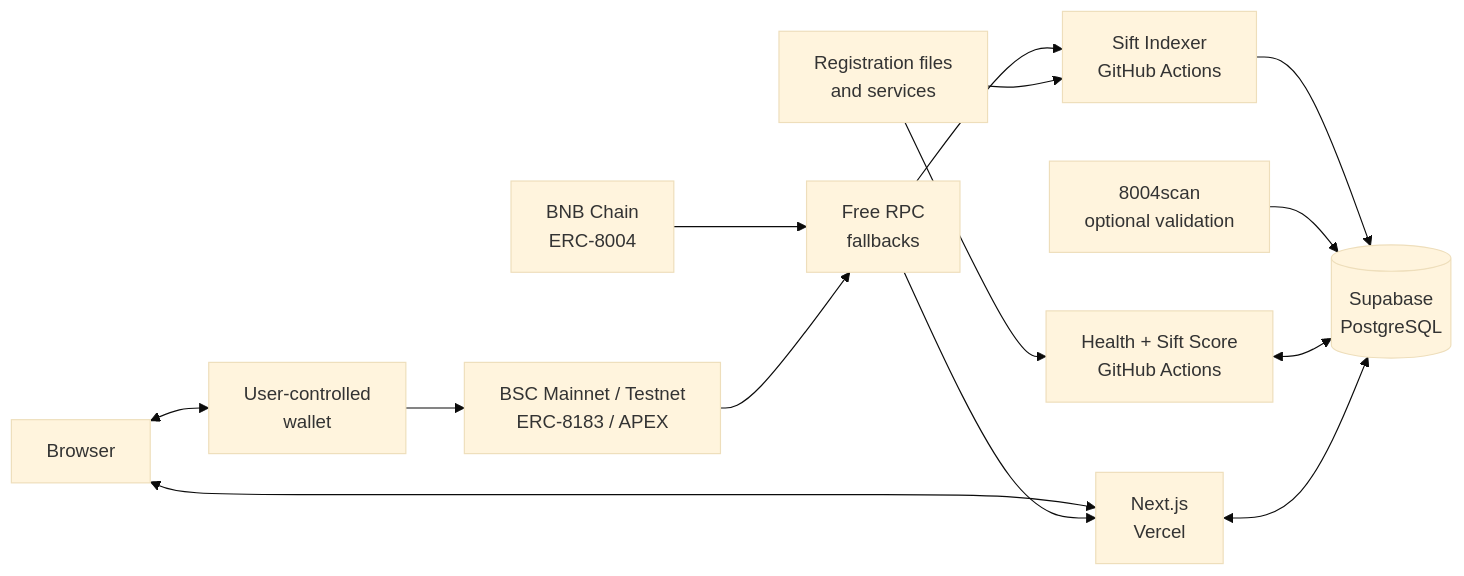
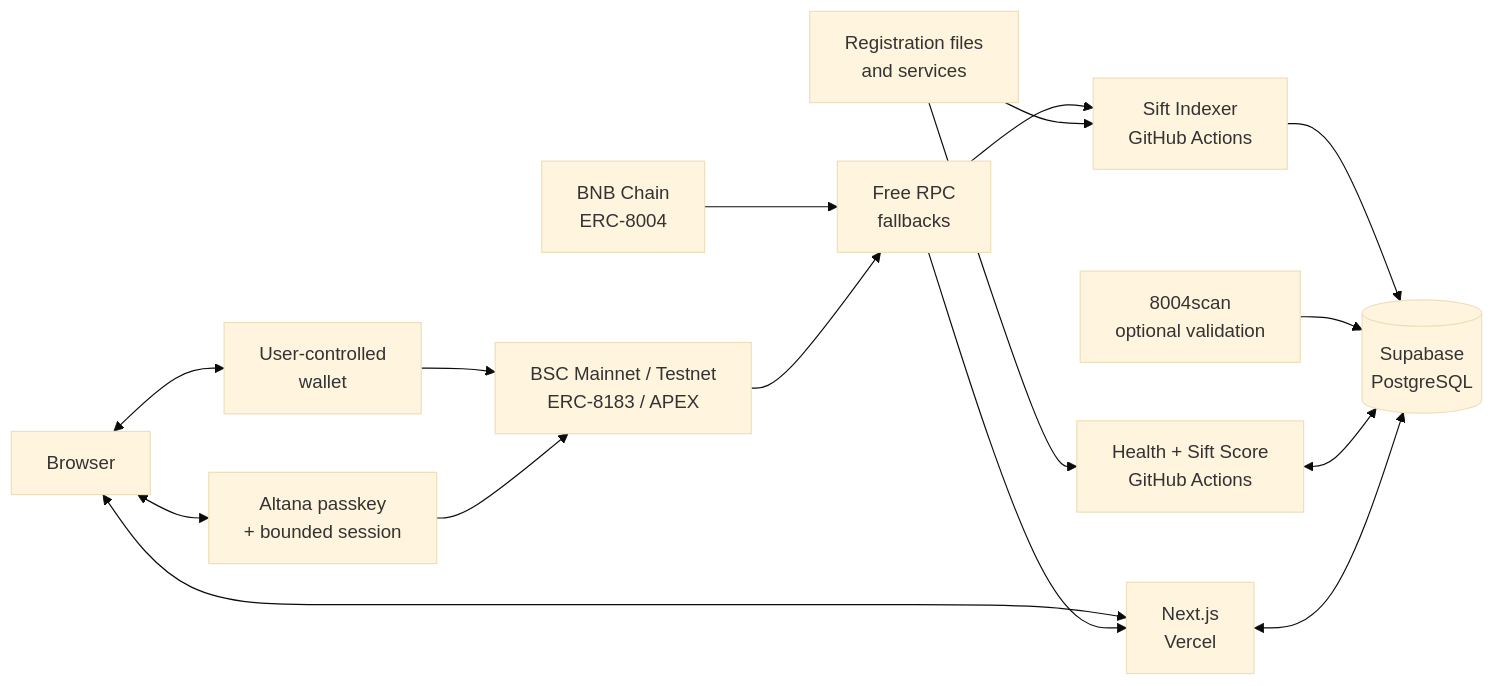
One commit to taiwo-the-dev/sift changed the diagram in README.md. Above: the diagram before and after it, drawn with Mermaid (base theme). The commit also changed other lines of this file and 35 other files, not shown here.

````diff
--- a/README.md
+++ b/README.md
@@ -68,16 +75,18 @@
 ```mermaid
 flowchart LR
   chain["BNB Chain\nERC-8004"] --> rpc["Free RPC\nfallbacks"]
   rpc --> indexer["Sift Indexer\nGitHub Actions"]
   metadata["Registration files\nand services"] --> indexer
   indexer --> db[("Supabase\nPostgreSQL")]
   scan["8004scan\noptional validation"] --> db
   assessment["Health + Sift Score\nGitHub Actions"] <--> db
   metadata --> assessment
   browser["Browser"] <--> app["Next.js\nVercel"]
   app <--> db
   browser <--> wallet["User-controlled\nwallet"]
+  browser <--> altana["Altana passkey\n+ bounded session"]
   wallet --> apex["BSC Mainnet / Testnet\nERC-8183 / APEX"]
+  altana --> apex
   apex --> rpc
   rpc --> app
 ```
````
